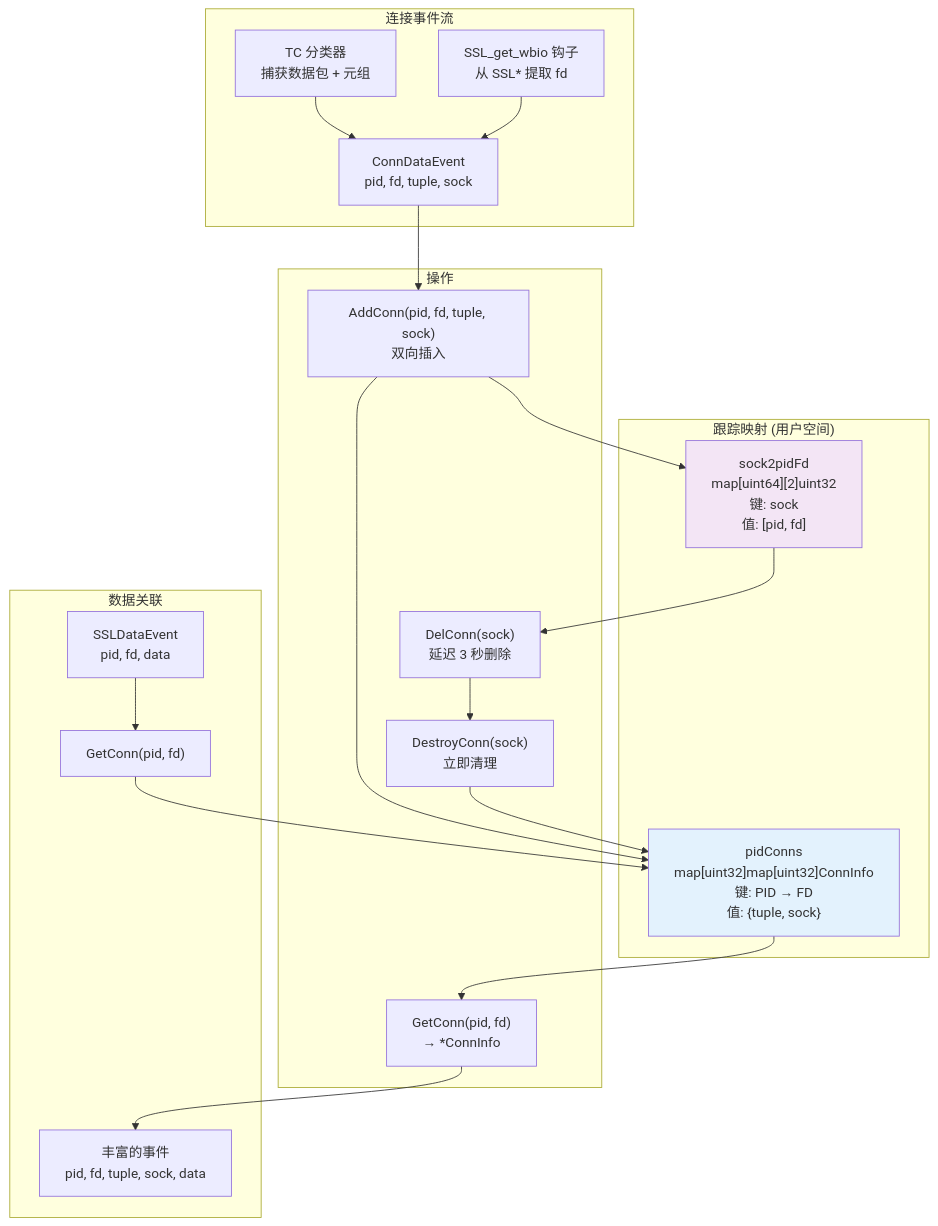
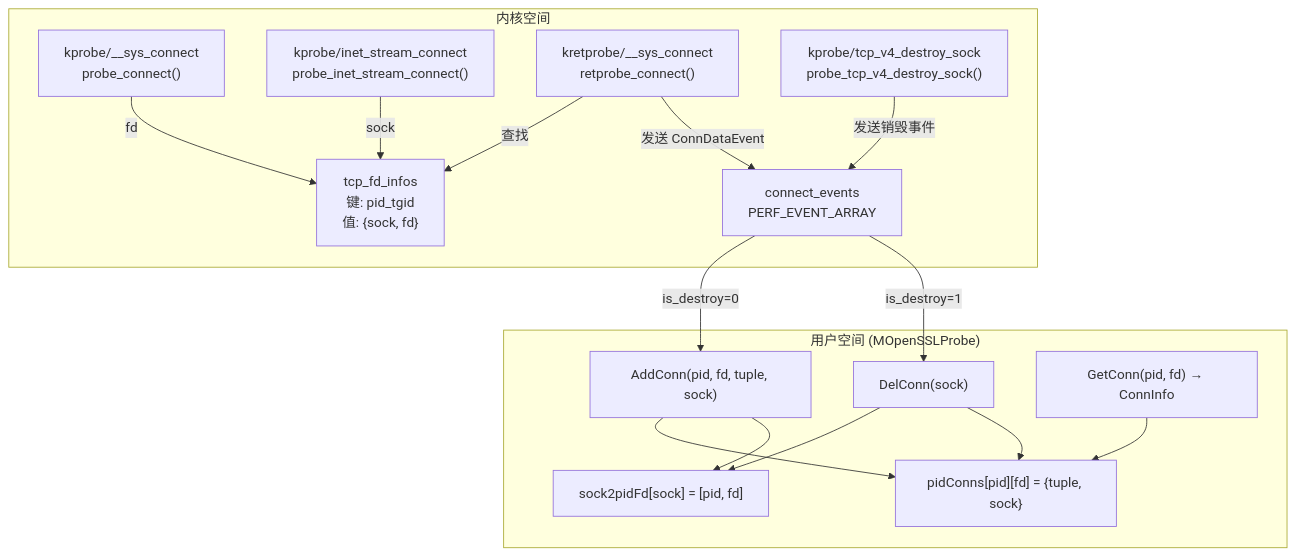
The fourth of 11 diagrams in src/zh/3-capture-modules/3.1.1-openssl-module.md (gojue/ecapture.cc), drawn with Mermaid before and after one commit. The commit also changed other lines of this file and 115 other files, not shown here.

````diff
--- a/src/zh/3-capture-modules/3.1.1-openssl-module.md
+++ b/src/zh/3-capture-modules/3.1.1-openssl-module.md
@@ -242,46 +219,37 @@
 ```mermaid
-graph TB
-    subgraph "连接事件流"
-        TC_HOOK["TC 分类器<br/>捕获数据包 + 元组"]
-        SSL_BIO["SSL_get_wbio 钩子<br/>从 SSL* 提取 fd"]
-        CONN_EVENT["ConnDataEvent<br/>pid, fd, tuple, sock"]
+flowchart TD
+    subgraph "内核空间"
+        sys_connect["kprobe/__sys_connect<br/>probe_connect()"]
+        inet_stream["kprobe/inet_stream_connect<br/>probe_inet_stream_connect()"]
+        ret_connect["kretprobe/__sys_connect<br/>retprobe_connect()"]
+        tcp_destroy["kprobe/tcp_v4_destroy_sock<br/>probe_tcp_v4_destroy_sock()"]
+        
+        tcp_fd_map["tcp_fd_infos<br/>键: pid_tgid<br/>值: {sock, fd}"]
+        connect_events["connect_events<br/>PERF_EVENT_ARRAY"]
     end
     
-    subgraph "跟踪映射 (用户空间)"
-        PIDCONNS["pidConns<br/>map[uint32]map[uint32]ConnInfo<br/>键: PID → FD<br/>值: {tuple, sock}"]
+    subgraph "用户空间 (MOpenSSLProbe)"
+        AddConn["AddConn(pid, fd, tuple, sock)"]
+        DelConn["DelConn(sock)"]
+        GetConn["GetConn(pid, fd) → ConnInfo"]
         
-        SOCK2PID["sock2pidFd<br/>map[uint64][2]uint32<br/>键: sock<br/>值: [pid, fd]"]
+        pidConns["pidConns[pid][fd] = {tuple, sock}"]
+        sock2pidFd["sock2pidFd[sock] = [pid, fd]"]
     end
     
-    subgraph "操作"
-        ADD["AddConn(pid, fd, tuple, sock)<br/>双向插入"]
-        GET["GetConn(pid, fd)<br/>→ *ConnInfo"]
-        DEL["DelConn(sock)<br/>延迟 3 秒删除"]
-        DESTROY["DestroyConn(sock)<br/>立即清理"]
-    end
+    sys_connect -->|"fd"| tcp_fd_map
+    inet_stream -->|"sock"| tcp_fd_map
+    ret_connect -->|"查找"| tcp_fd_map
+    ret_connect -->|"发送 ConnDataEvent"| connect_events
+    tcp_destroy -->|"发送销毁事件"| connect_events
     
-    subgraph "数据关联"
-        SSL_DATA["SSLDataEvent<br/>pid, fd, data"]
-        LOOKUP["GetConn(pid, fd)"]
-        ENRICHED["丰富的事件<br/>pid, fd, tuple, sock, data"]
-    end
+    connect_events -->|"is_destroy=0"| AddConn
+    connect_events -->|"is_destroy=1"| DelConn
     
-    TC_HOOK --> CONN_EVENT
-    SSL_BIO --> CONN_EVENT
+    AddConn --> pidConns
+    AddConn --> sock2pidFd
+    DelConn --> sock2pidFd
+    DelConn --> pidConns
     
-    CONN_EVENT --> ADD
-    ADD --> PIDCONNS
-    ADD --> SOCK2PID
-    
-    SSL_DATA --> LOOKUP
-    LOOKUP --> PIDCONNS
-    PIDCONNS --> GET
-    GET --> ENRICHED
-    
-    SOCK2PID --> DEL
-    DEL --> DESTROY
-    DESTROY --> PIDCONNS
-    
-    style PIDCONNS fill:#e3f2fd
-    style SOCK2PID fill:#f3e5f5
+    GetConn --> pidConns
 ```
````
